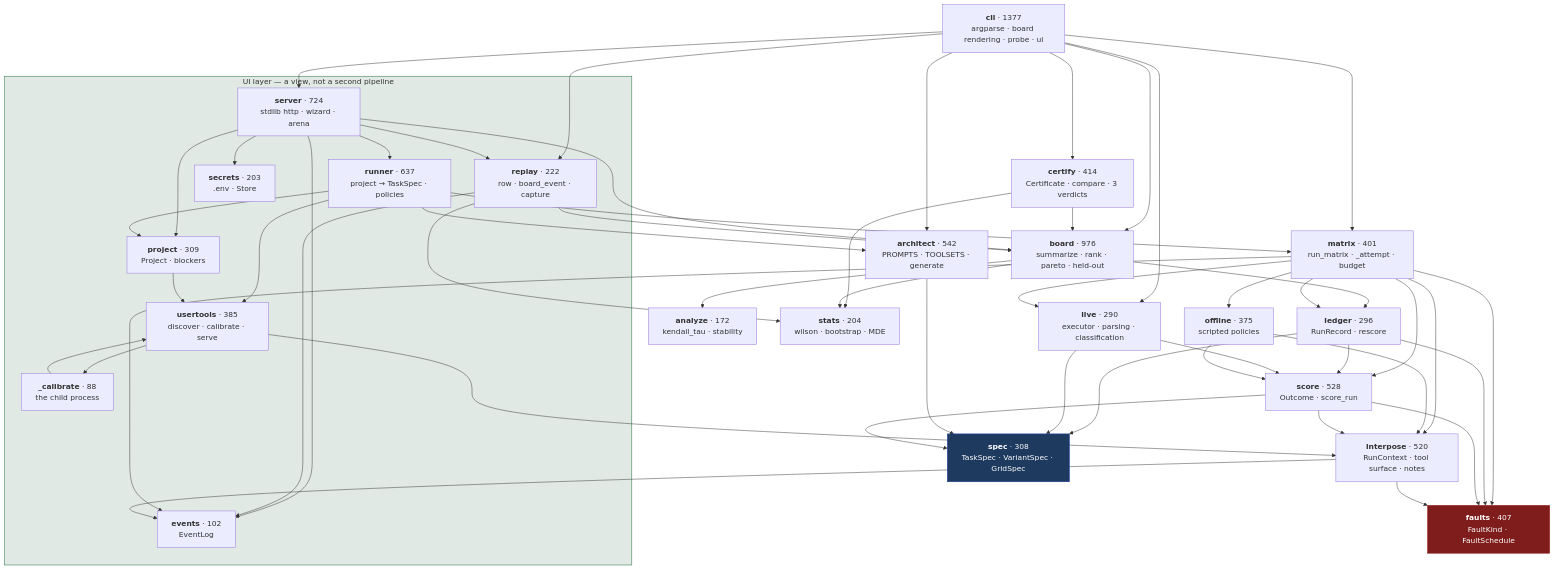
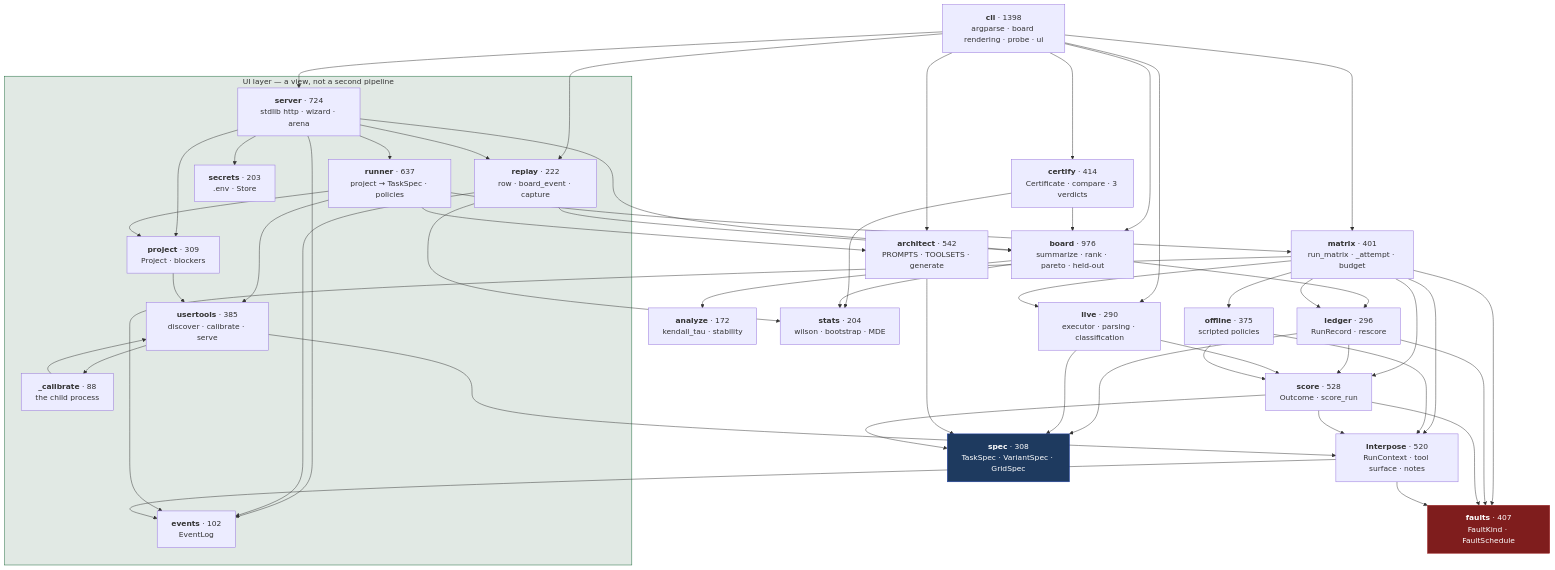
One commit to Mehul-Gupta-SMH/agent-gauntlet changed the first of 4 diagrams in docs/architecture/lld.md. Above: the diagram before and after it, drawn with Mermaid. The commit also changed other lines of this file and 16 other files, not shown here.

````diff
--- a/docs/architecture/lld.md
+++ b/docs/architecture/lld.md
@@ -9,49 +9,49 @@
 ```mermaid
 flowchart TD
     subgraph ui["UI layer — a view, not a second pipeline"]
         SERVER["<b>server</b> · 724<br/>stdlib http · wizard · arena"]
         RUNNER["<b>runner</b> · 637<br/>project → TaskSpec · policies"]
         USERT["<b>usertools</b> · 385<br/>discover · calibrate · serve"]
         PROJECT["<b>project</b> · 309<br/>Project · blockers"]
         SECRETS["<b>secrets</b> · 203<br/>.env · Store"]
         CALIB["<b>_calibrate</b> · 88<br/>the child process"]
         EVENTS["<b>events</b> · 102<br/>EventLog"]
         REPLAY["<b>replay</b> · 222<br/>row · board_event · capture"]
     end
 
-    CLI["<b>cli</b> · 1377<br/>argparse · board rendering · probe · ui"]
+    CLI["<b>cli</b> · 1398<br/>argparse · board rendering · probe · ui"]
     BOARD["<b>board</b> · 976<br/>summarize · rank · pareto · held-out"]
     ARCH["<b>architect</b> · 542<br/>PROMPTS · TOOLSETS · generate"]
     SCORE["<b>score</b> · 528<br/>Outcome · score_run"]
     INTER["<b>interpose</b> · 520<br/>RunContext · tool surface · notes"]
     OFFLINE["<b>offline</b> · 375<br/>scripted policies"]
     MATRIX["<b>matrix</b> · 401<br/>run_matrix · _attempt · budget"]
     FAULTS["<b>faults</b> · 407<br/>FaultKind · FaultSchedule"]
     SPEC["<b>spec</b> · 308<br/>TaskSpec · VariantSpec · GridSpec"]
     LIVE["<b>live</b> · 290<br/>executor · parsing · classification"]
     LEDGER["<b>ledger</b> · 296<br/>RunRecord · rescore"]
     ANALYZE["<b>analyze</b> · 172<br/>kendall_tau · stability"]
     CERT["<b>certify</b> · 414<br/>Certificate · compare · 3 verdicts"]
     STATS["<b>stats</b> · 204<br/>wilson · bootstrap · MDE"]
 
     CLI --> BOARD & MATRIX & ARCH & LIVE & SERVER & CERT & REPLAY
     CERT --> BOARD & STATS
     SERVER --> PROJECT & RUNNER & SECRETS & EVENTS & BOARD & REPLAY
     REPLAY --> BOARD & EVENTS & STATS
     RUNNER --> MATRIX & USERT & PROJECT & ARCH
     PROJECT --> USERT
     USERT --> INTER & CALIB
     CALIB --> USERT
     BOARD --> LEDGER & ANALYZE & STATS
     MATRIX --> LEDGER & SCORE & LIVE & OFFLINE & INTER & FAULTS & EVENTS
     LEDGER --> SCORE & FAULTS & SPEC
     LIVE --> SCORE & SPEC
     OFFLINE --> INTER & SCORE
     ARCH --> SPEC
     SCORE --> INTER & FAULTS & SPEC
     INTER --> FAULTS & EVENTS
 
     style SPEC fill:#1e3a5f,stroke:#1e40af,color:#fff
     style FAULTS fill:#7f1d1d,stroke:#991b1b,color:#fff
     style ui fill:#14532d20,stroke:#166534
 ```
````
